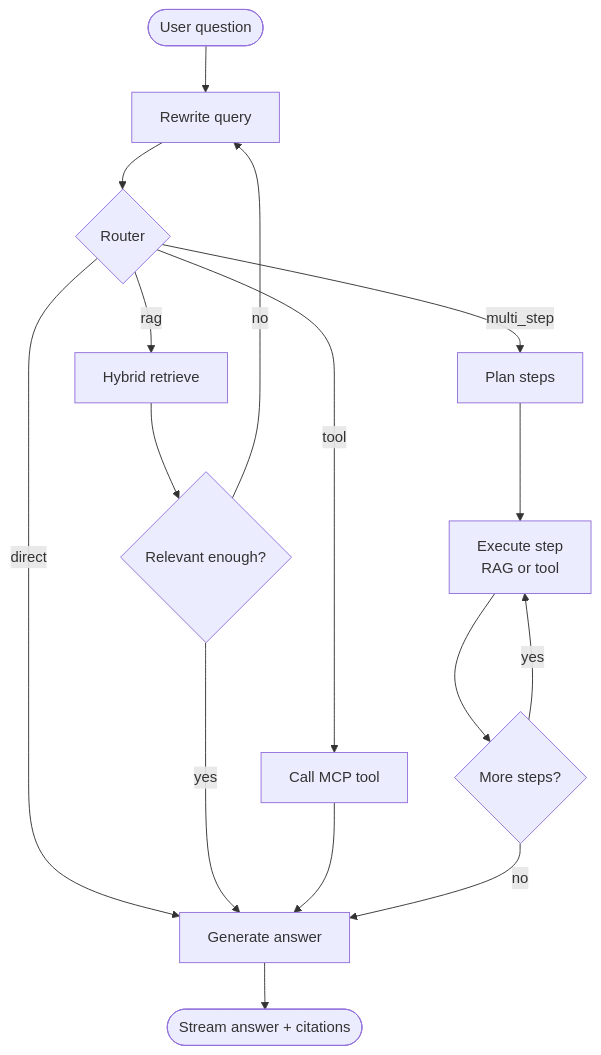
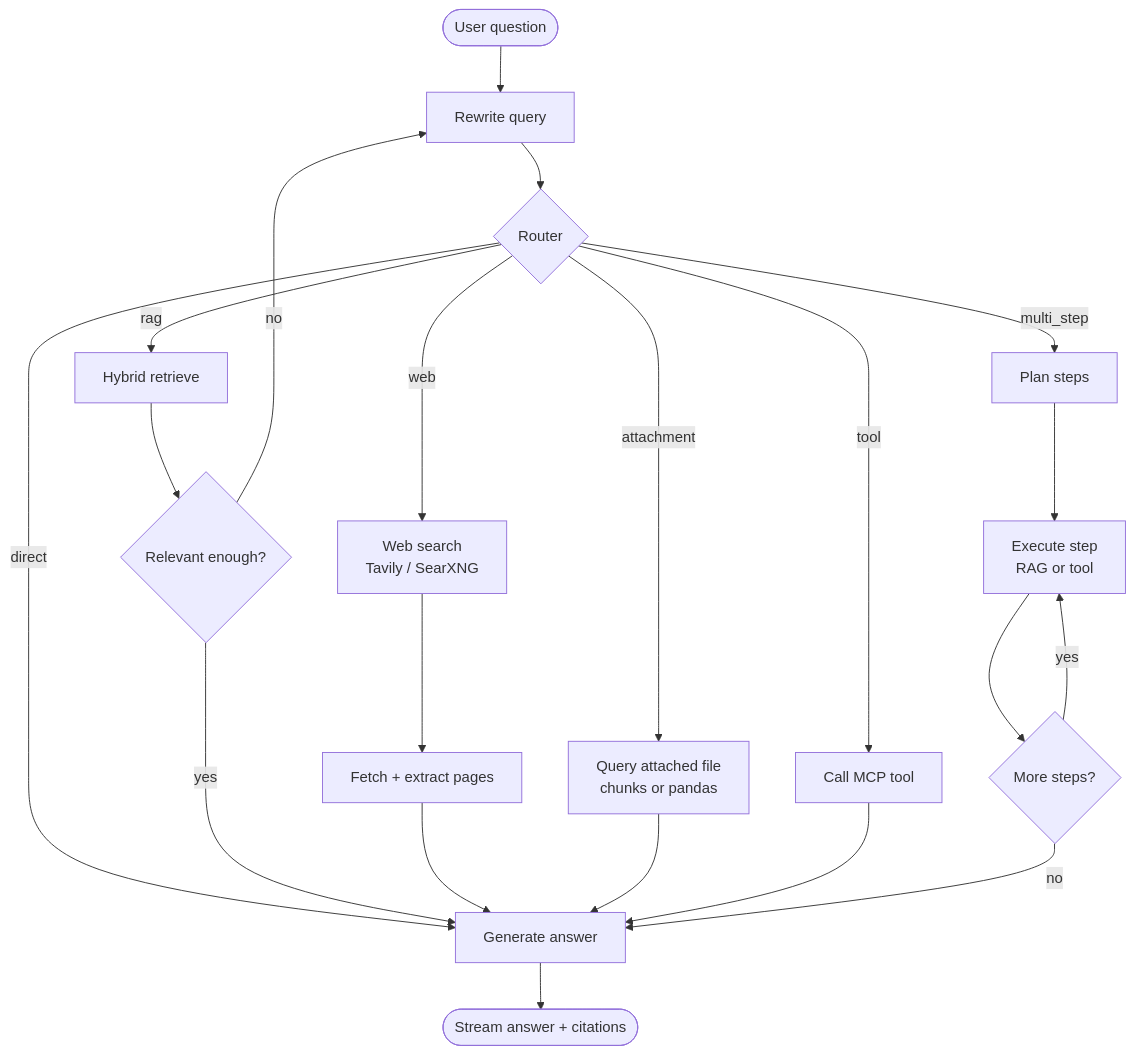
One commit to agrawalsajal02/LLM-Project changed the diagram in phases/phase-3-agent-workflows/README.md. Above: the diagram before and after it, drawn with Mermaid. The commit also changed other lines of this file and 3 other files, not shown here.

First line of the commit message:
Add web search and chat file upload to Phase 3; cover them in evals and RBAC

````diff
--- a/phases/phase-3-agent-workflows/README.md
+++ b/phases/phase-3-agent-workflows/README.md
@@ -23,14 +25,16 @@
 ```mermaid
 flowchart TD
     START([User question]) --> RW[Rewrite query]
     RW --> R{Router}
     R -- direct --> ANS[Generate answer]
     R -- rag --> RET[Hybrid retrieve] --> GRADE{Relevant enough?}
     GRADE -- no --> RW
     GRADE -- yes --> ANS
+    R -- web --> WEB[Web search<br/>Tavily / SearXNG] --> READ[Fetch + extract pages] --> ANS
+    R -- attachment --> ATT[Query attached file<br/>chunks or pandas] --> ANS
     R -- tool --> TOOL[Call MCP tool] --> ANS
     R -- multi_step --> PLAN[Plan steps] --> EXEC[Execute step<br/>RAG or tool] --> MORE{More steps?}
     MORE -- yes --> EXEC
     MORE -- no --> ANS
     ANS --> END([Stream answer + citations])
 ```
````
